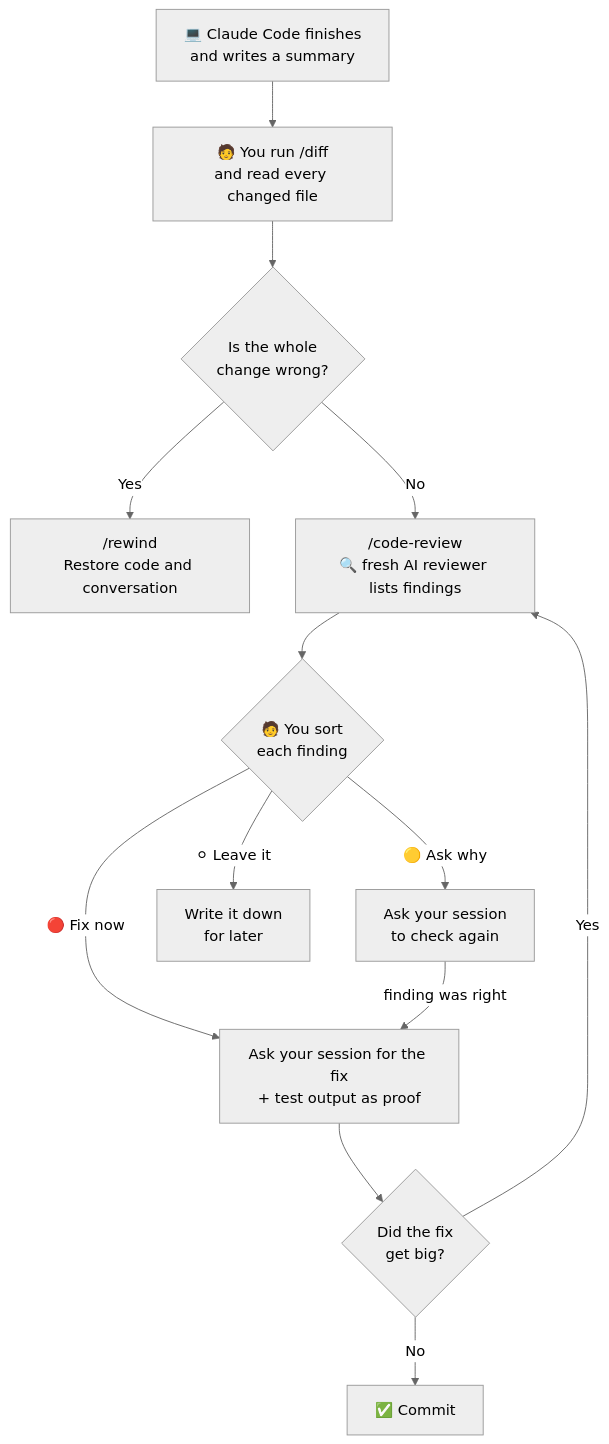
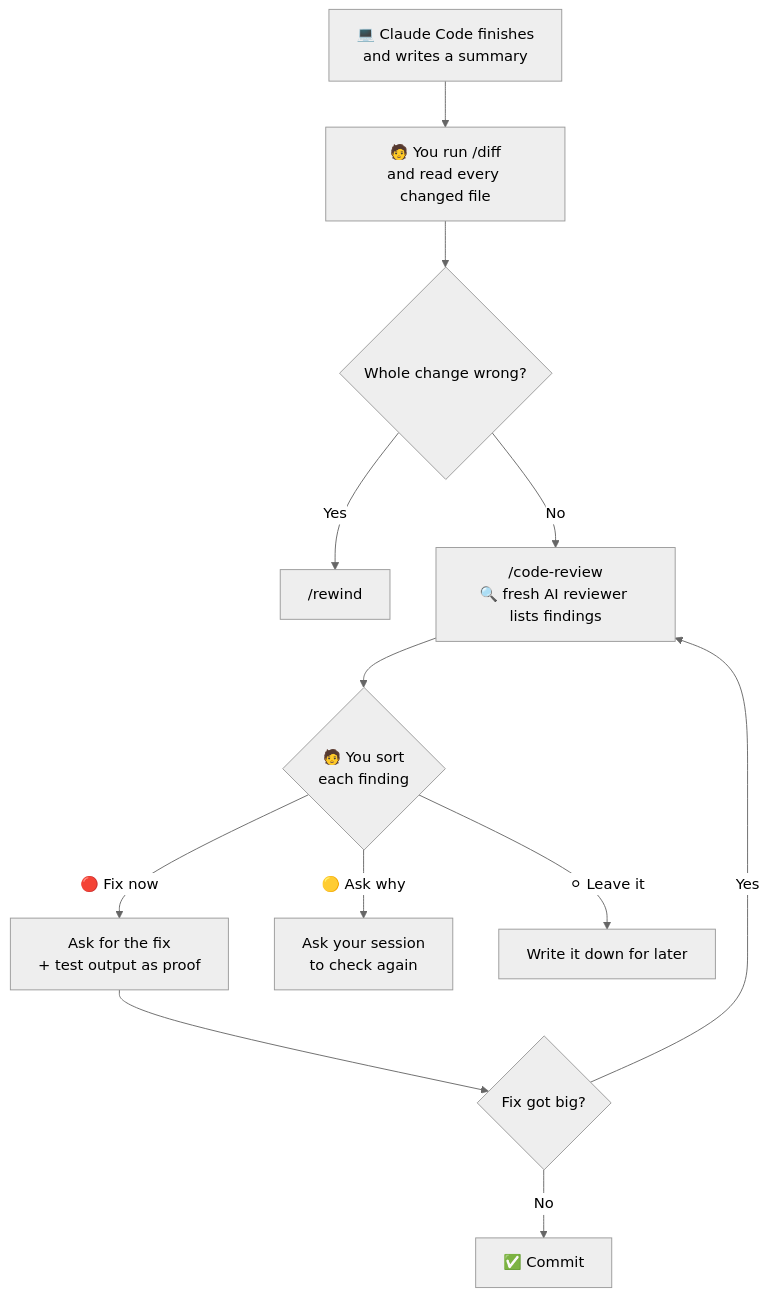
One commit to nirajp82/ClaudeArchitectProfessionalStudyGuide changed the second of 2 diagrams in 01_ClaudeCode101/07-code-review.md. Above: the diagram before and after it, drawn with Mermaid (neutral theme). The commit also changed other lines of this file and 6 other files, not shown here.

````diff
--- a/01_ClaudeCode101/07-code-review.md
+++ b/01_ClaudeCode101/07-code-review.md
@@ -426,15 +281,14 @@
 ```mermaid
 flowchart TD
     A["💻 Claude Code finishes<br/>and writes a summary"] --> B["🧑 You run /diff<br/>and read every changed file"]
-    B --> W{"Is the whole<br/>change wrong?"}
-    W -- "Yes" --> RW["/rewind<br/>Restore code and conversation"]
+    B --> W{"Whole change wrong?"}
+    W -- "Yes" --> RW["/rewind"]
     W -- "No" --> C["/code-review<br/>🔍 fresh AI reviewer lists findings"]
     C --> S{"🧑 You sort<br/>each finding"}
-    S -- "🔴 Fix now" --> F["Ask your session for the fix<br/>+ test output as proof"]
+    S -- "🔴 Fix now" --> F["Ask for the fix<br/>+ test output as proof"]
     S -- "🟡 Ask why" --> Q["Ask your session<br/>to check again"]
-    S -- "⚪ Leave it" --> L["Write it down<br/>for later"]
-    Q -- "finding was right" --> F
-    F --> BIG{"Did the fix<br/>get big?"}
+    S -- "⚪ Leave it" --> L["Write it down for later"]
+    F --> BIG{"Fix got big?"}
     BIG -- "Yes" --> C
     BIG -- "No" --> CM["✅ Commit"]
 ```
````
